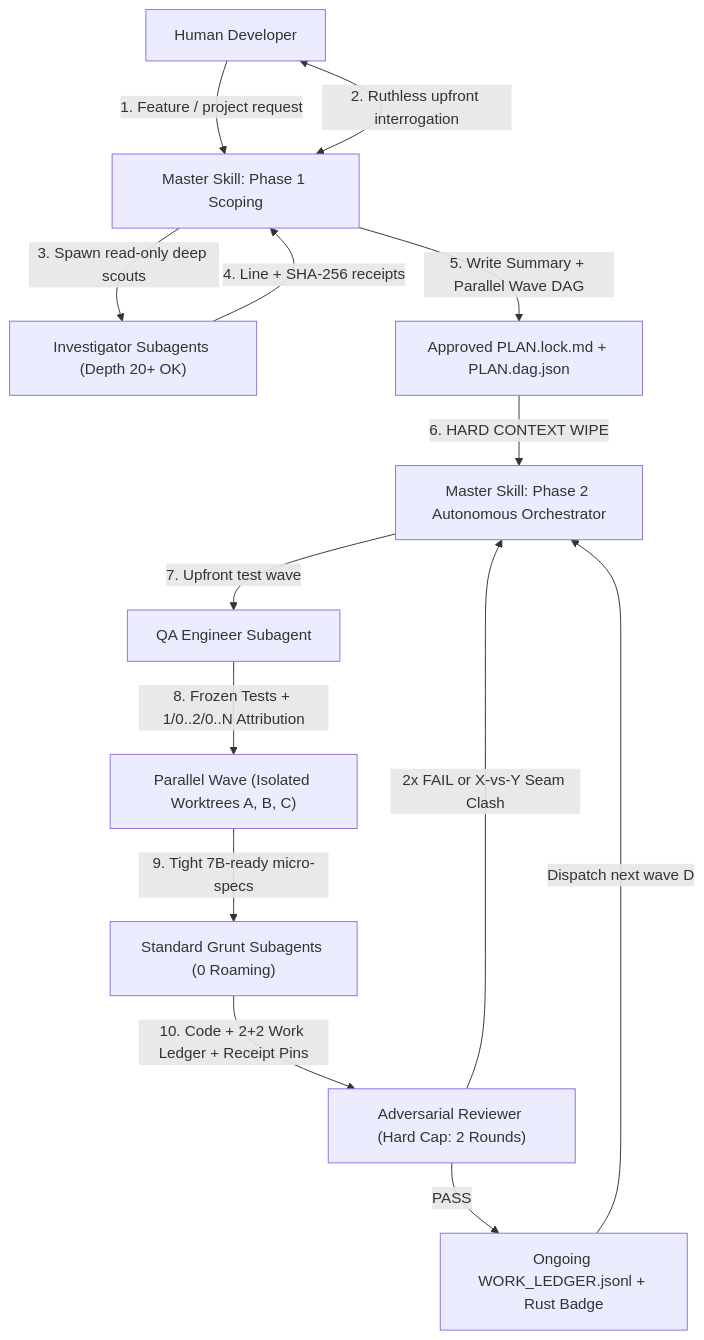
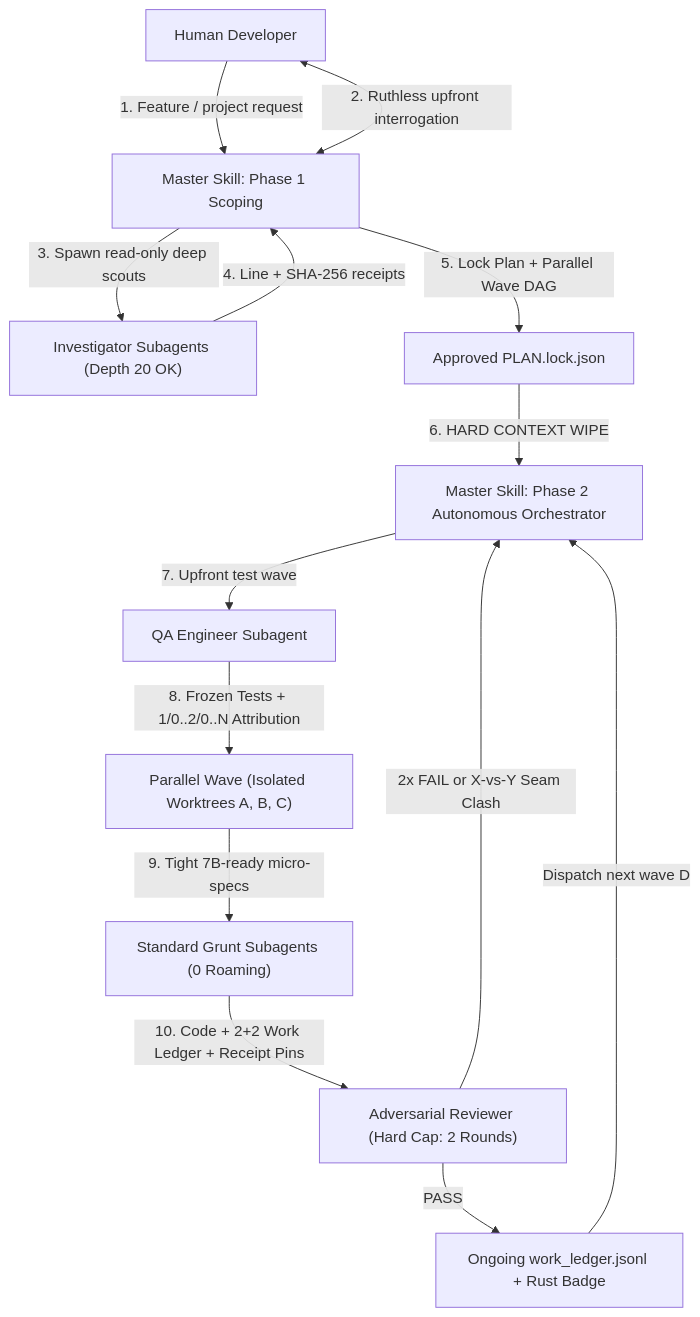
One commit to susanbdev/dotagent changed the diagram in docs/SWARM_TECHNICAL_SPEC.md. Above: the diagram before and after it, drawn with Mermaid. The commit also changed other lines of this file and 53 other files, not shown here.

````diff
--- a/docs/SWARM_TECHNICAL_SPEC.md
+++ b/docs/SWARM_TECHNICAL_SPEC.md
@@ -26,16 +26,16 @@
 ```mermaid
 flowchart TD
     U["Human Developer"] -->|"1. Feature / project request"| M1["Master Skill: Phase 1 Scoping"]
     M1 <-->|"2. Ruthless upfront interrogation"| U
-    M1 -->|"3. Spawn read-only deep scouts"| INV["Investigator Subagents (Depth 20+ OK)"]
+    M1 -->|"3. Spawn read-only deep scouts"| INV["Investigator Subagents (Depth 20 OK)"]
     INV -->|"4. Line + SHA-256 receipts"| M1
-    M1 -->|"5. Write Summary + Parallel Wave DAG"| PLAN["Approved PLAN.lock.md + PLAN.dag.json"]
+    M1 -->|"5. Lock Plan + Parallel Wave DAG"| PLAN["Approved PLAN.lock.json"]
     PLAN -->|"6. HARD CONTEXT WIPE"| M2["Master Skill: Phase 2 Autonomous Orchestrator"]
     M2 -->|"7. Upfront test wave"| QA["QA Engineer Subagent"]
     QA -->|"8. Frozen Tests + 1/0..2/0..N Attribution"| WAVE["Parallel Wave (Isolated Worktrees A, B, C)"]
     WAVE -->|"9. Tight 7B-ready micro-specs"| GRUNT["Standard Grunt Subagents (0 Roaming)"]
     GRUNT -->|"10. Code + 2+2 Work Ledger + Receipt Pins"| REV["Adversarial Reviewer (Hard Cap: 2 Rounds)"]
-    REV -->|"PASS"| LEDGER["Ongoing WORK_LEDGER.jsonl + Rust Badge"]
+    REV -->|"PASS"| LEDGER["Ongoing work_ledger.jsonl + Rust Badge"]
     REV -->|"2x FAIL or X-vs-Y Seam Clash"| M2
     LEDGER -->|"Dispatch next wave D"| M2
 ```
````
